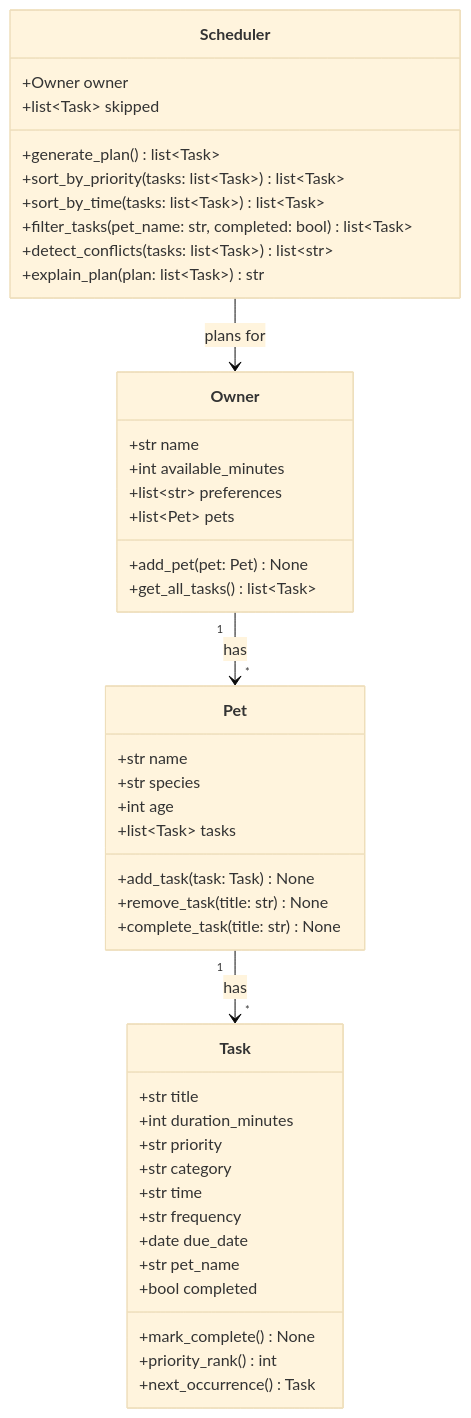
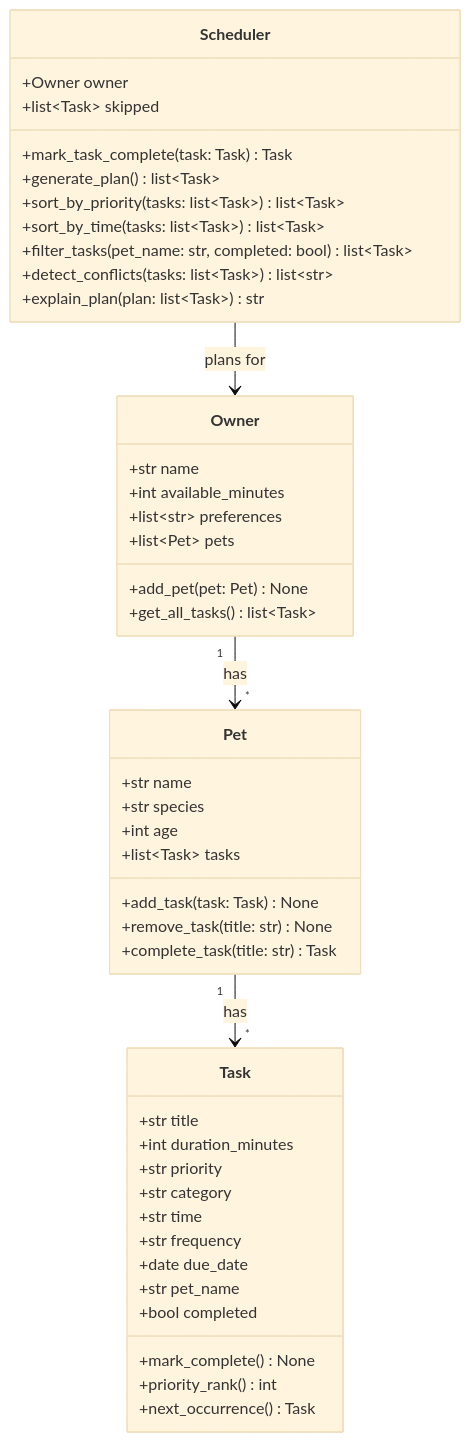
One commit to jafarsharifshaik/ai110-module2show-pawpal-starter changed the diagram in diagrams/uml.mmd. Above: the diagram before and after it, drawn with Mermaid (base theme). The commit also changed 5 other files, not shown here.

```diff
--- a/diagrams/uml.mmd
+++ b/diagrams/uml.mmd
@@ -1,51 +1,52 @@
 classDiagram
     %% PawPal+ draft UML (Phase 1). Keep this file updated so it matches the final implementation.
 
     class Owner {
         +str name
         +int available_minutes
         +list~str~ preferences
         +list~Pet~ pets
         +add_pet(pet: Pet) None
         +get_all_tasks() list~Task~
     }
 
     class Pet {
         +str name
         +str species
         +int age
         +list~Task~ tasks
         +add_task(task: Task) None
         +remove_task(title: str) None
-        +complete_task(title: str) None
+        +complete_task(title: str) Task
     }
 
     class Task {
         +str title
         +int duration_minutes
         +str priority
         +str category
         +str time
         +str frequency
         +date due_date
         +str pet_name
         +bool completed
         +mark_complete() None
         +priority_rank() int
         +next_occurrence() Task
     }
 
     class Scheduler {
         +Owner owner
         +list~Task~ skipped
+        +mark_task_complete(task: Task) Task
         +generate_plan() list~Task~
         +sort_by_priority(tasks: list~Task~) list~Task~
         +sort_by_time(tasks: list~Task~) list~Task~
         +filter_tasks(pet_name: str, completed: bool) list~Task~
         +detect_conflicts(tasks: list~Task~) list~str~
         +explain_plan(plan: list~Task~) str
     }
 
     Owner "1" --> "*" Pet : has
     Pet "1" --> "*" Task : has
     Scheduler --> Owner : plans for
```
